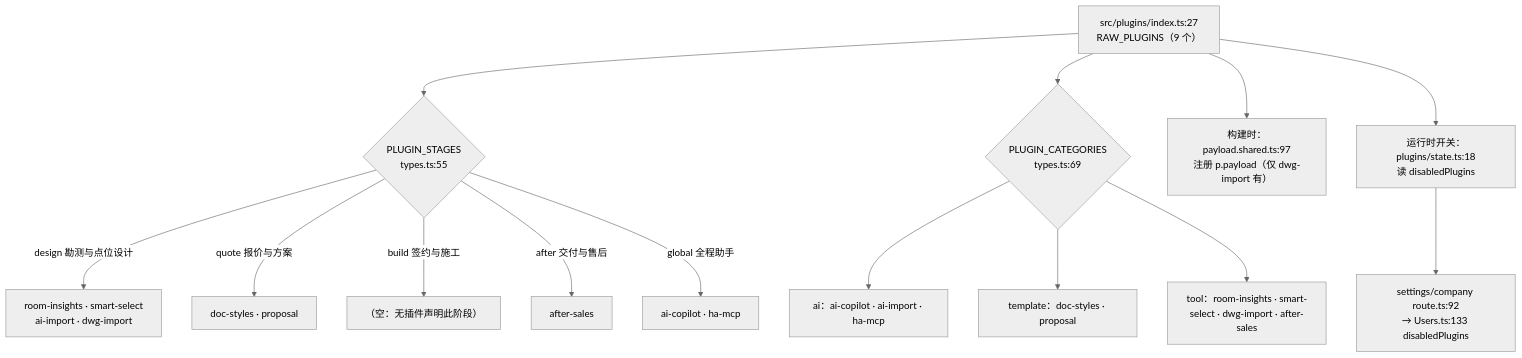
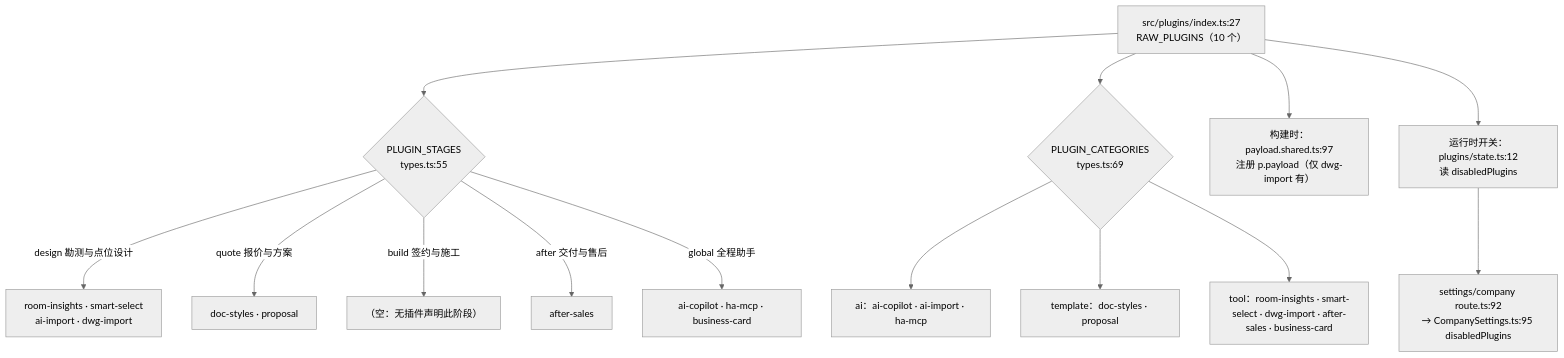
The sixth of 7 diagrams in ARCHITECTURE-MAP.md (Nooonnneee/fmkj-figma-smart-design), drawn with Mermaid (neutral theme) before and after one commit. The commit also changed other lines of this file, not shown here.

First line of the commit message:
docs: 架构图基线前移到 201ee8b 并修正 10→10 插件等实测偏差

````diff
--- a/ARCHITECTURE-MAP.md
+++ b/ARCHITECTURE-MAP.md
@@ -301,20 +334,20 @@
 ```mermaid
 flowchart TB
-  REG["src/plugins/index.ts:27<br/>RAW_PLUGINS（9 个）"]
+  REG["src/plugins/index.ts:27<br/>RAW_PLUGINS（10 个）"]
   REG --> ST{"PLUGIN_STAGES<br/>types.ts:55"}
 
   ST -->|design 勘测与点位设计| D["room-insights · smart-select<br/>ai-import · dwg-import"]
   ST -->|quote 报价与方案| Q["doc-styles · proposal"]
   ST -->|build 签约与施工| B["（空：无插件声明此阶段）"]
   ST -->|after 交付与售后| A["after-sales"]
-  ST -->|global 全程助手| G["ai-copilot · ha-mcp"]
+  ST -->|global 全程助手| G["ai-copilot · ha-mcp · business-card"]
 
   REG --> CAT{"PLUGIN_CATEGORIES<br/>types.ts:69"}
   CAT --> C1["ai：ai-copilot · ai-import · ha-mcp"]
   CAT --> C2["template：doc-styles · proposal"]
-  CAT --> C3["tool：room-insights · smart-select · dwg-import · after-sales"]
+  CAT --> C3["tool：room-insights · smart-select · dwg-import · after-sales · business-card"]
 
   REG --> PLOAD["构建时：payload.shared.ts:97<br/>注册 p.payload（仅 dwg-import 有）"]
-  REG --> STATE["运行时开关：plugins/state.ts:18<br/>读 disabledPlugins"]
-  STATE --> UI["settings/company route.ts:92<br/>→ Users.ts:133 disabledPlugins"]
+  REG --> STATE["运行时开关：plugins/state.ts:12<br/>读 disabledPlugins"]
+  STATE --> UI["settings/company route.ts:92<br/>→ CompanySettings.ts:95 disabledPlugins"]
 ```
````
